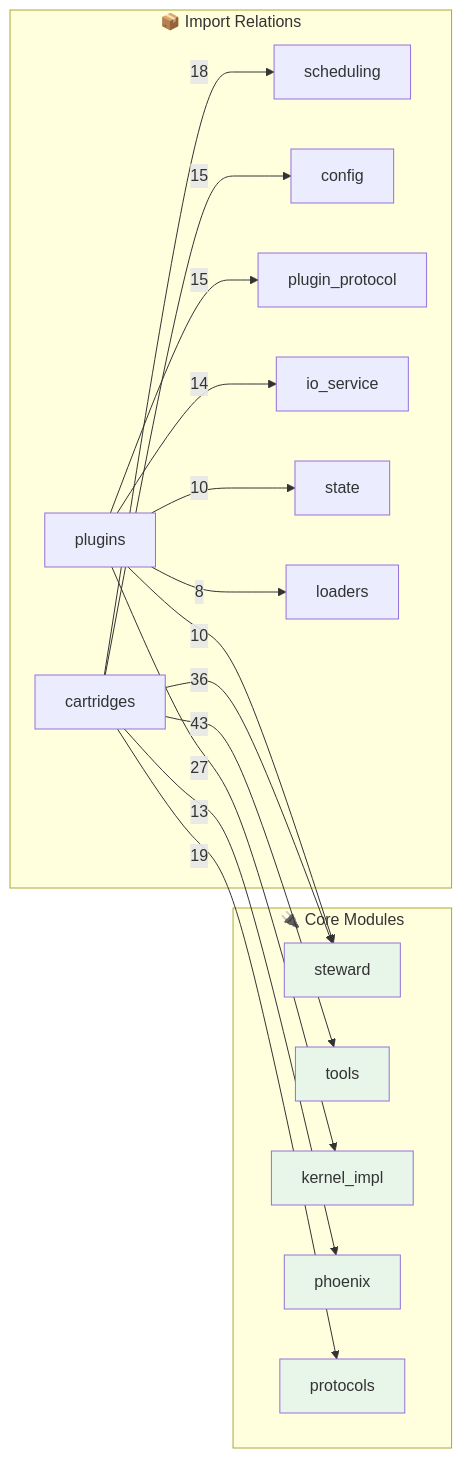
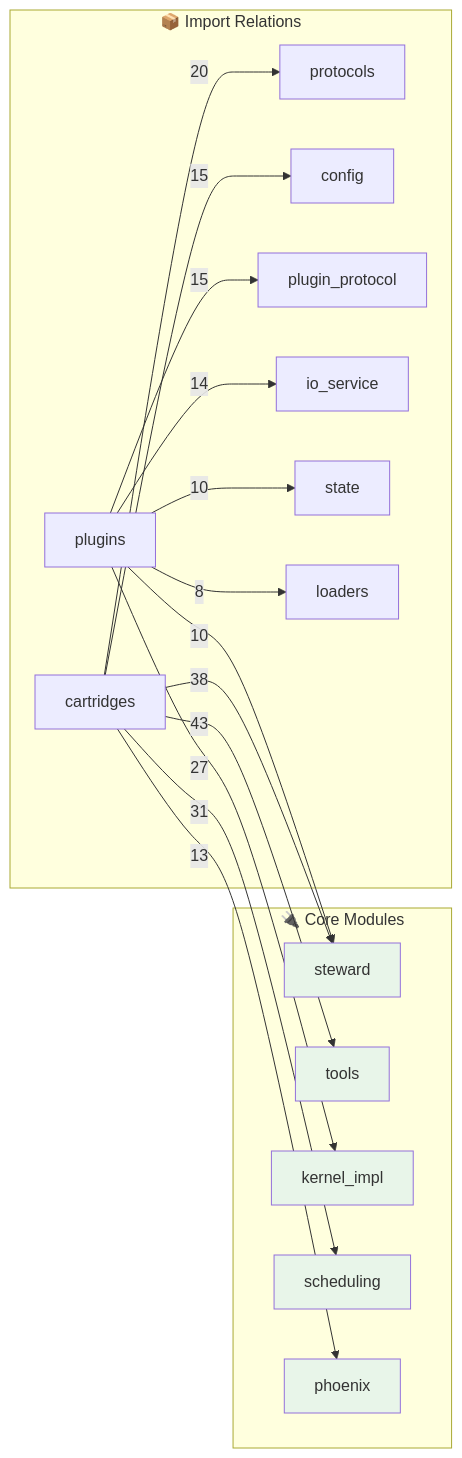
Before and after one commit to kimeisele/steward-protocol: the second of 2 diagrams in OPUS.md, drawn with Mermaid. The commit also changed other lines of this file, not shown here.

````diff
--- a/OPUS.md
+++ b/OPUS.md
@@ -361,31 +387,31 @@
 ```mermaid
 flowchart LR
     subgraph Core["🔌 Core Modules"]
         steward[steward]
         tools[tools]
         kernel_impl[kernel_impl]
+        scheduling[scheduling]
         phoenix[phoenix]
-        protocols[protocols]
     end
 
     subgraph Edges["📦 Import Relations"]
         cartridges -->|43| tools
-        cartridges -->|36| steward
+        cartridges -->|38| steward
+        cartridges -->|31| scheduling
         plugins -->|27| kernel_impl
-        cartridges -->|19| protocols
-        cartridges -->|18| scheduling
+        cartridges -->|20| protocols
         cartridges -->|15| config
         plugins -->|15| plugin_protocol
         plugins -->|14| io_service
         cartridges -->|13| phoenix
         plugins -->|10| state
         plugins -->|10| steward
         plugins -->|8| loaders
     end
 
     style steward fill:#e8f5e9
     style tools fill:#e8f5e9
     style kernel_impl fill:#e8f5e9
+    style scheduling fill:#e8f5e9
     style phoenix fill:#e8f5e9
-    style protocols fill:#e8f5e9
 ```
````
